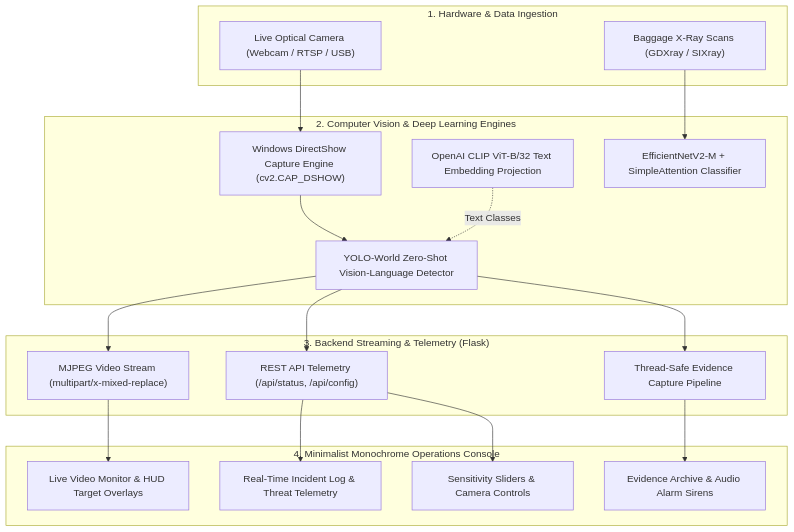
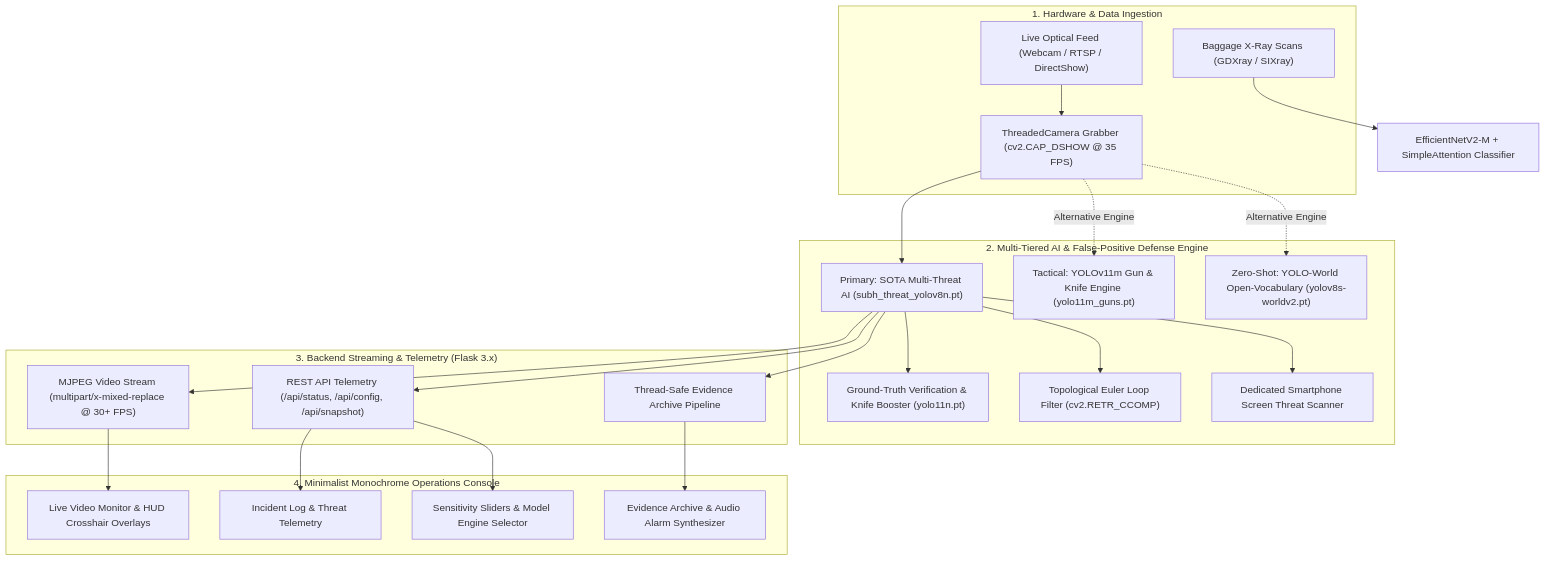
Before and after one commit to AlcesOzdst/Threat_Detection_System: the diagram in Documentation/TECH_STACK_SPECIFICATION.md, drawn with Mermaid. The commit also changed other lines of this file, not shown here.

Commit message:
docs(spec): update tech stack specification to v2 multi-threat architecture and author attribution

````diff
--- a/Documentation/TECH_STACK_SPECIFICATION.md
+++ b/Documentation/TECH_STACK_SPECIFICATION.md
@@ -15,38 +15,45 @@
 ```mermaid
 graph TD
-    subgraph Inputs["1. Hardware & Data Ingestion"]
-        CAM["Live Optical Camera (Webcam / RTSP / USB)"]
+    subgraph Ingestion["1. Hardware & Data Ingestion"]
+        CAM["Live Optical Feed (Webcam / RTSP / DirectShow)"]
         XRAY["Baggage X-Ray Scans (GDXray / SIXray)"]
+        TCAM["ThreadedCamera Grabber (cv2.CAP_DSHOW @ 35 FPS)"]
     end
 
-    subgraph Engines["2. Computer Vision & Deep Learning Engines"]
-        DSHOW["Windows DirectShow Capture Engine (cv2.CAP_DSHOW)"]
-        YOLO_WORLD["YOLO-World Zero-Shot Vision-Language Detector"]
-        CLIP["OpenAI CLIP ViT-B/32 Text Embedding Projection"]
-        EFFNET["EfficientNetV2-M + SimpleAttention Classifier"]
+    subgraph Defense["2. Multi-Tiered AI & False-Positive Defense Engine"]
+        SOTA["Primary: SOTA Multi-Threat AI (subh_threat_yolov8n.pt)"]
+        YOLO11["Tactical: YOLOv11m Gun & Knife Engine (yolo11m_guns.pt)"]
+        WORLD["Zero-Shot: YOLO-World Open-Vocabulary (yolov8s-worldv2.pt)"]
+        COCO_VERIF["Ground-Truth Verification & Knife Booster (yolo11n.pt)"]
+        TOPOLOGY["Topological Euler Loop Filter (cv2.RETR_CCOMP)"]
+        SCREEN_SCAN["Dedicated Smartphone Screen Threat Scanner"]
     end
 
-    subgraph Backend["3. Backend Streaming & Telemetry (Flask)"]
-        MJPEG["MJPEG Video Stream (multipart/x-mixed-replace)"]
-        REST["REST API Telemetry (/api/status, /api/config)"]
-        SNAP["Thread-Safe Evidence Capture Pipeline"]
+    subgraph Backend["3. Backend Streaming & Telemetry (Flask 3.x)"]
+        MJPEG["MJPEG Video Stream (multipart/x-mixed-replace @ 30+ FPS)"]
+        REST["REST API Telemetry (/api/status, /api/config, /api/snapshot)"]
+        SNAP["Thread-Safe Evidence Archive Pipeline"]
     end
 
     subgraph Frontend["4. Minimalist Monochrome Operations Console"]
-        UI_FEED["Live Video Monitor & HUD Target Overlays"]
-        UI_LOG["Real-Time Incident Log & Threat Telemetry"]
-        UI_CTRL["Sensitivity Sliders & Camera Controls"]
-        UI_EVID["Evidence Archive & Audio Alarm Sirens"]
+        UI_FEED["Live Video Monitor & HUD Crosshair Overlays"]
+        UI_LOG["Incident Log & Threat Telemetry"]
+        UI_CTRL["Sensitivity Sliders & Model Engine Selector"]
+        UI_EVID["Evidence Archive & Audio Alarm Synthesizer"]
     end
 
-    CAM --> DSHOW --> YOLO_WORLD
-    CLIP -. Text Classes .-> YOLO_WORLD
-    XRAY --> EFFNET
-    YOLO_WORLD --> MJPEG
-    YOLO_WORLD --> REST
-    YOLO_WORLD --> SNAP
+    CAM --> TCAM --> SOTA
+    TCAM -. Alternative Engine .-> YOLO11
+    TCAM -. Alternative Engine .-> WORLD
+    SOTA --> TOPOLOGY
+    SOTA --> COCO_VERIF
+    SOTA --> SCREEN_SCAN
+    XRAY --> EFFNET["EfficientNetV2-M + SimpleAttention Classifier"]
+    SOTA --> MJPEG
+    SOTA --> REST
+    SOTA --> SNAP
     MJPEG --> UI_FEED
     REST --> UI_LOG
     REST --> UI_CTRL
     SNAP --> UI_EVID
 ```
````
